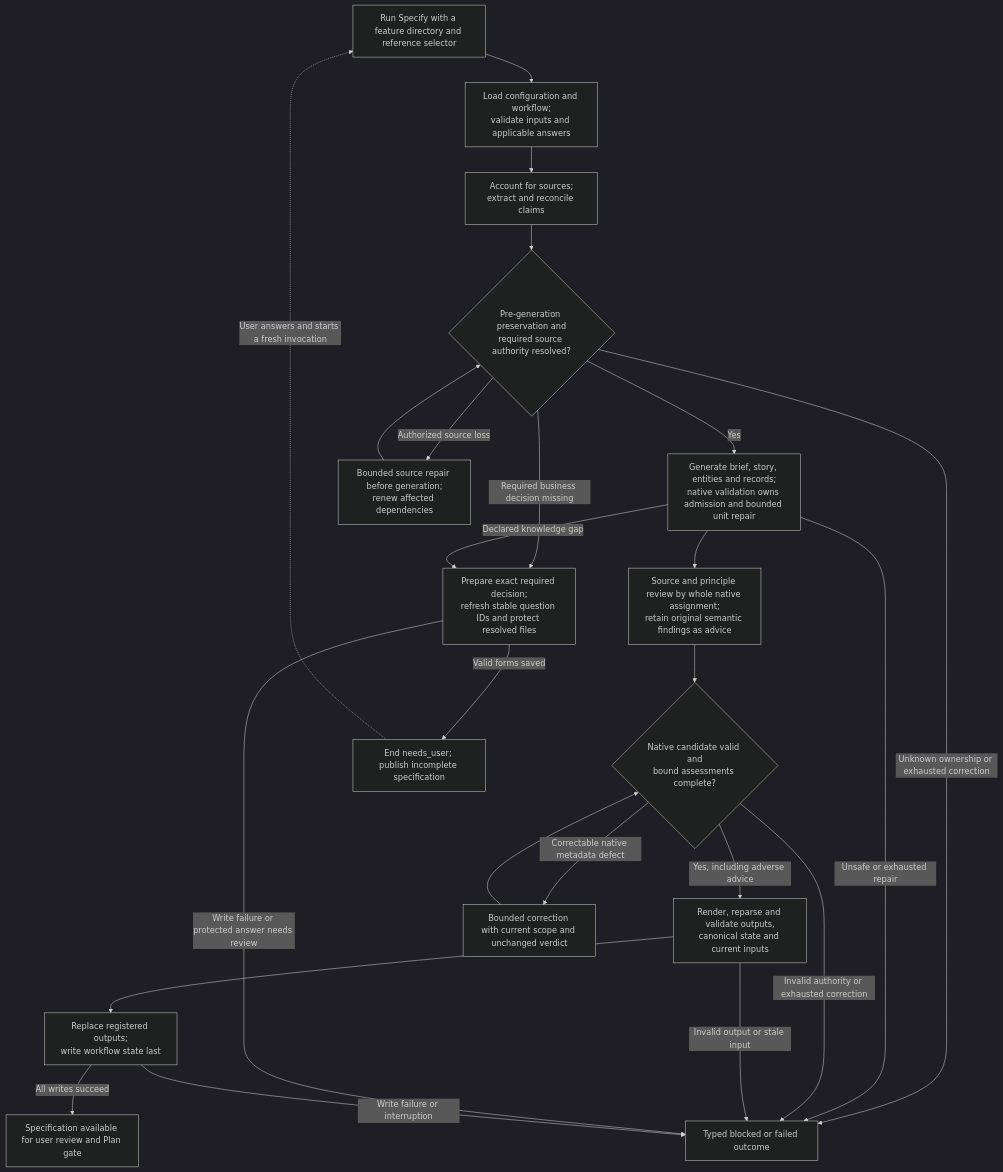
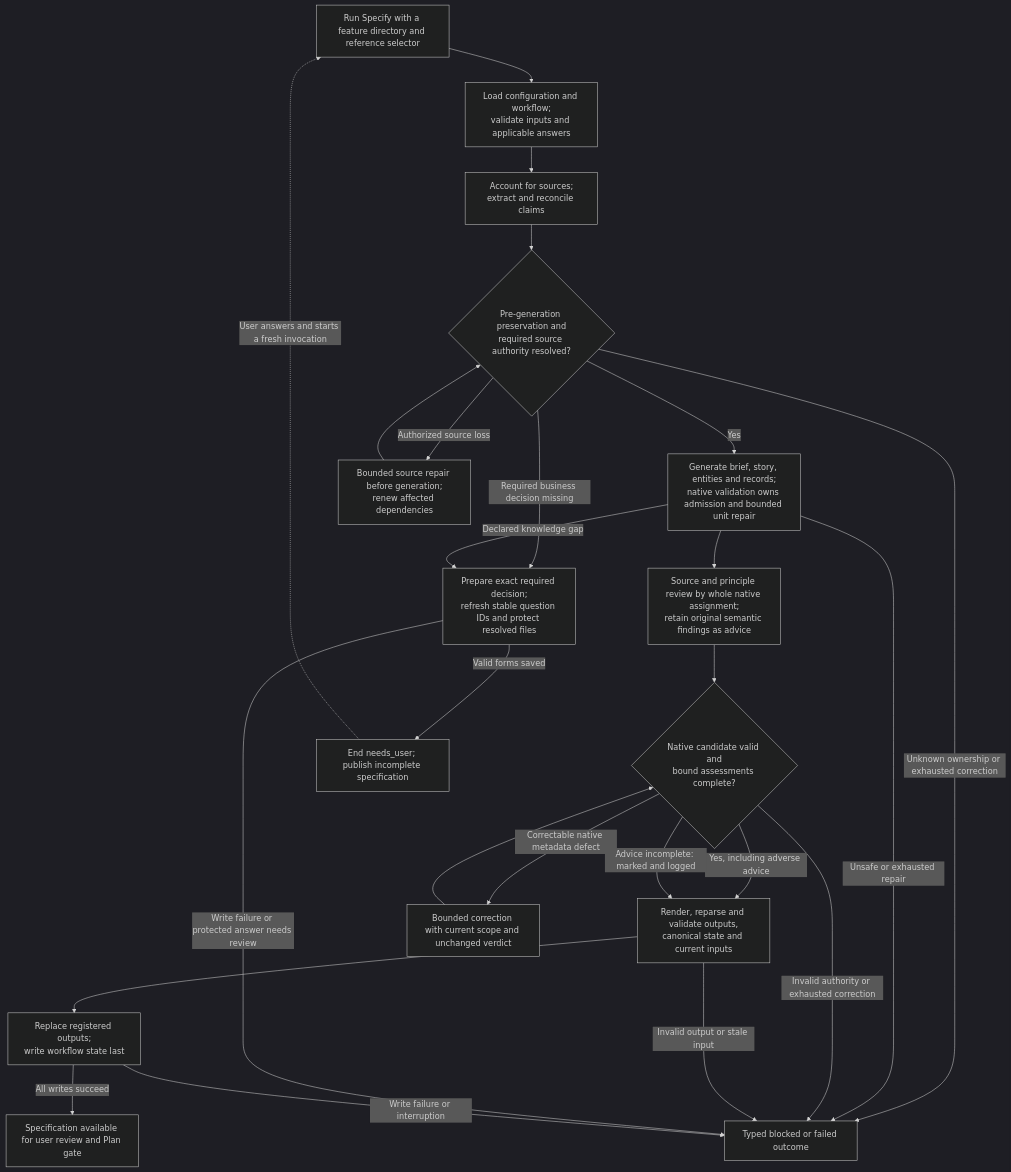
Before and after one commit to littledespot/sdde: the diagram in design/diagrams/18-spec-workflow-overview.md, drawn with Mermaid (dark theme). The commit also changed other lines of this file and 128 other files, not shown here.

````diff
--- a/design/diagrams/18-spec-workflow-overview.md
+++ b/design/diagrams/18-spec-workflow-overview.md
@@ -7,28 +7,29 @@
 ```mermaid
 flowchart TD
     START["Run Specify with a feature directory and reference selector"]
     START --> PREPARE["Load configuration and workflow;<br/>validate inputs and applicable answers"]
     PREPARE --> REFERENCES["Account for sources;<br/>extract and reconcile claims"]
     REFERENCES --> AUTHORITY{"Pre-generation preservation and<br/>required source authority resolved?"}
     AUTHORITY -->|Yes| GENERATE["Generate brief, story, entities and records;<br/>native validation owns admission and bounded unit repair"]
     AUTHORITY -->|Authorized source loss| SOURCE_REPAIR["Bounded source repair before generation;<br/>renew affected dependencies"]
     SOURCE_REPAIR --> AUTHORITY
     GENERATE --> REVIEW["Source and principle review by whole native assignment;<br/>retain original semantic findings as advice"]
     REVIEW --> RESULT{"Native candidate valid and<br/>bound assessments complete?"}
     RESULT -->|Yes, including adverse advice| OUTPUT["Render, reparse and validate outputs,<br/>canonical state and current inputs"]
+    RESULT -->|Advice incomplete: marked and logged| OUTPUT
     OUTPUT --> PUBLISH["Replace registered outputs;<br/>write workflow state last"]
     PUBLISH -->|All writes succeed| DONE["Specification available for user review and Plan gate"]
     AUTHORITY -->|Required business decision missing| CLARIFY
     GENERATE -->|Declared knowledge gap| CLARIFY
     CLARIFY["Prepare exact required decision;<br/>refresh stable question IDs and protect resolved files"]
     CLARIFY -->|Valid forms saved| NEEDSUSER["End needs_user; publish incomplete specification"]
     NEEDSUSER -. User answers and starts a fresh invocation .-> START
     RESULT -->|Correctable native metadata defect| CORRECTION["Bounded correction with current scope and unchanged verdict"]
     CORRECTION --> RESULT
     AUTHORITY -->|Unknown ownership or exhausted correction| STOP["Typed blocked or failed outcome"]
     GENERATE -->|Unsafe or exhausted repair| STOP
     RESULT -->|Invalid authority or exhausted correction| STOP
     OUTPUT -->|Invalid output or stale input| STOP
     CLARIFY -->|Write failure or protected answer needs review| STOP
     PUBLISH -->|Write failure or interruption| STOP
 ```
````
